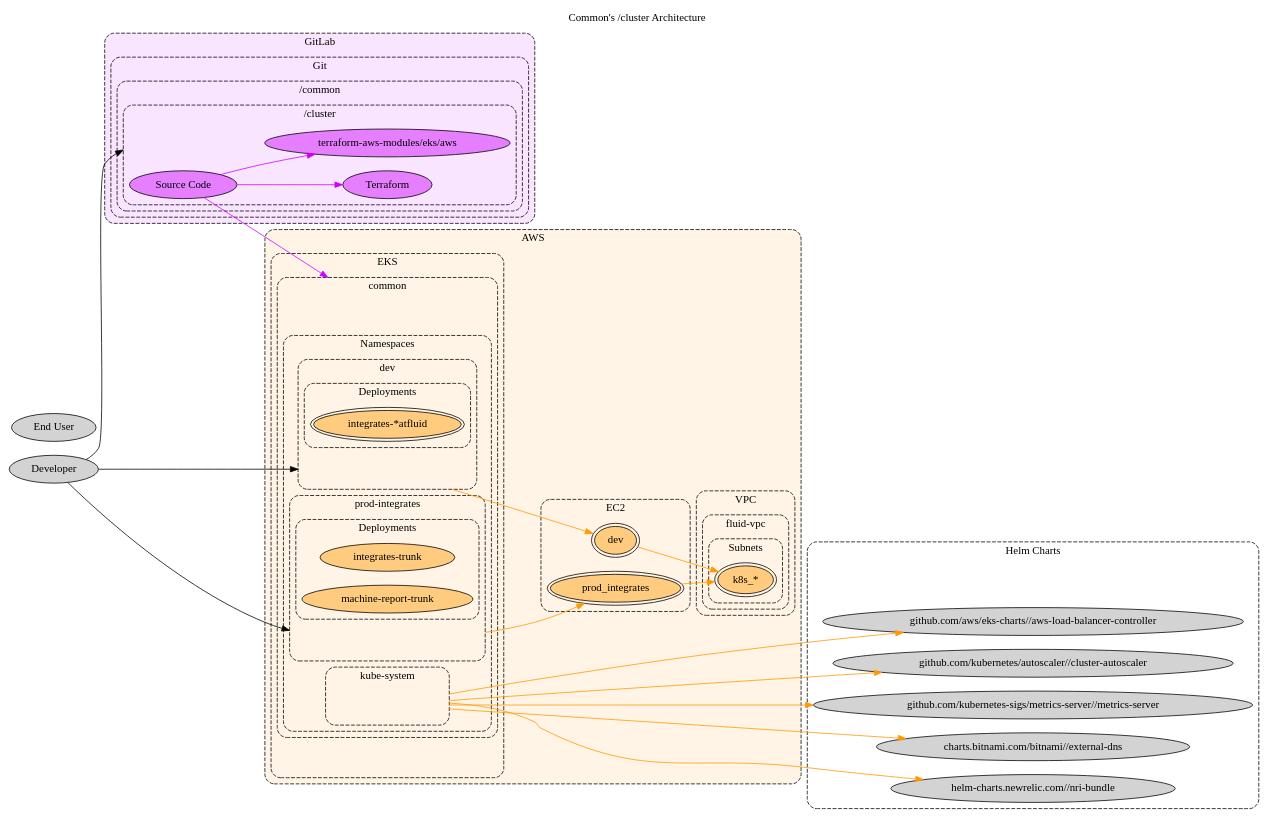
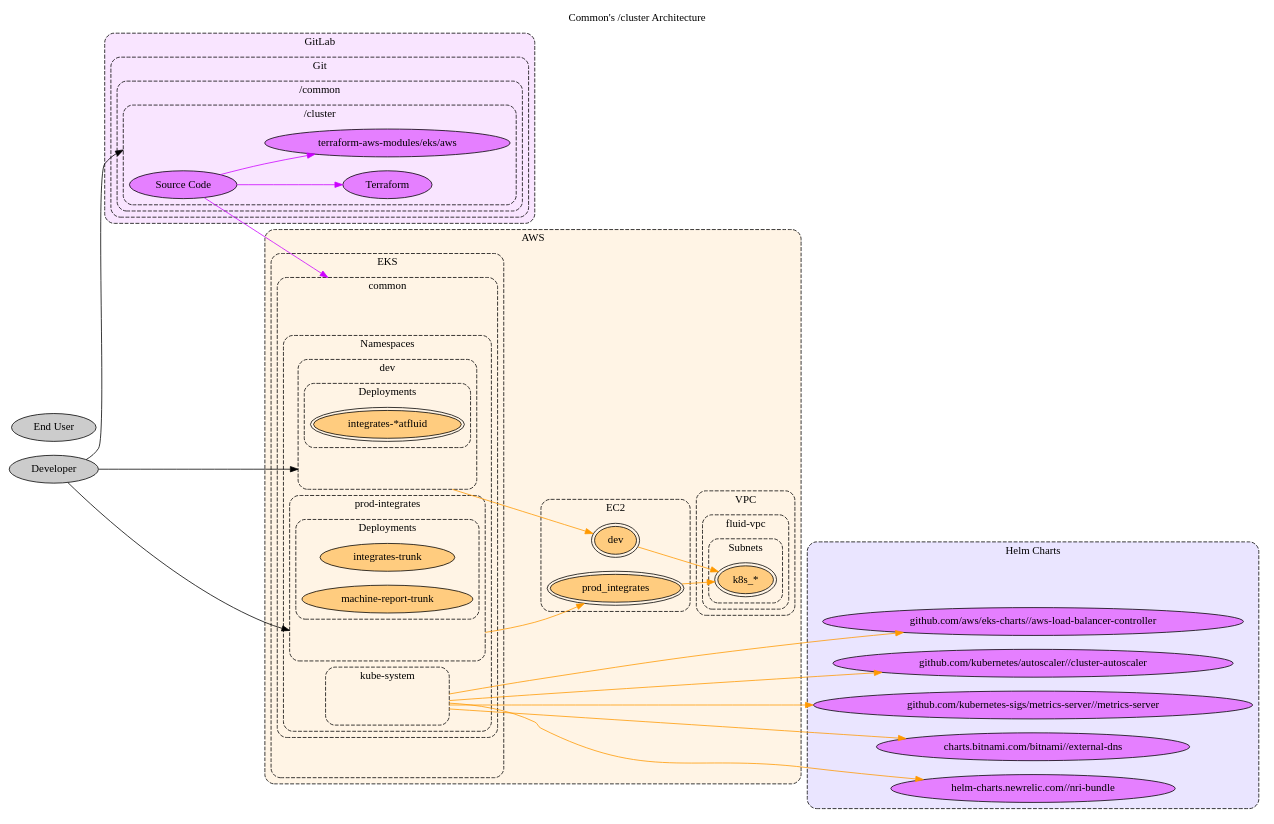
One commit to jeanbaptistemora/fluidattacks-universe2 changed the diagram in docs/src/docs/development/products/common/common-cluster-arch.dot. Above: the diagram before and after it, drawn with Graphviz. The commit also changed 11 other files, not shown here.

```diff
--- a/docs/src/docs/development/products/common/common-cluster-arch.dot
+++ b/docs/src/docs/development/products/common/common-cluster-arch.dot
@@ -1,161 +1,163 @@
 // SPDX-FileCopyrightText: 2022 Fluid Attacks <development@fluidattacks.com>
 //
 // SPDX-License-Identifier: MPL-2.0
 
 digraph common {
   label="Common's /cluster Architecture"
   labelloc="t"
   compound="true"
   // concentrate="true"
   rankdir="LR"
   scale="scalexy"
 
   node[style="filled"]
   graph[style="dashed,rounded"]
 
   subgraph cluster_aws {
     label="AWS"
     bgcolor="0.1 0.1 1.0"
     node[fillcolor="0.1 0.5 1.0"]
 
     subgraph cluster_aws_ec2 {
       label="EC2"
 
       aws_ec2_dev[label="dev" peripheries="2"]
       aws_ec2_prod_integrates[label="prod_integrates" peripheries="2"]
     }
 
     subgraph cluster_aws_eks {
       label="EKS"
 
       cluster_aws_eks[label="" style="invis"]
 
       subgraph cluster_aws_eks_common {
         label="common"
 
         cluster_aws_eks_common[label="" style="invis"]
 
         subgraph cluster_aws_eks_common_worker_groups {
           label="Worker Groups"
         }
 
         subgraph cluster_aws_eks_common_namespaces {
           label="Namespaces"
 
           subgraph cluster_aws_eks_common_namespaces_dev {
             label="dev"
 
             cluster_aws_eks_common_namespaces_dev[label="" style="invis"]
 
             subgraph cluster_aws_eks_common_namespaces_dev_deployments {
               label="Deployments"
 
               aws_eks_common_namespaces_dev_deployments_integrates_atfluid[label="integrates-*atfluid" peripheries="2"]
             }
           }
 
           subgraph cluster_aws_eks_common_namespaces_kube_system {
             label="kube-system"
 
             cluster_aws_eks_common_namespaces_kube_system[label="" style="invis" width="2.0"]
           }
 
           subgraph cluster_aws_eks_common_namespaces_prod_integrates {
             label="prod-integrates"
             cluster_aws_eks_common_namespaces_prod_integrates[label="" style="invis"]
 
             subgraph cluster_aws_eks_common_namespaces_prod_integrates_deployments {
               label="Deployments"
 
               aws_eks_common_namespaces_prod_integrates_deployments_integrates_trunk[label="integrates-trunk"]
               aws_eks_common_namespaces_prod_integrates_deployments_machine_report_trunk[label="machine-report-trunk"]
             }
           }
         }
       }
     }
 
     subgraph cluster_aws_vpc {
       label="VPC"
 
       subgraph cluster_aws_vpc_fluid_vpc {
         label="fluid-vpc"
 
         subgraph cluster_aws_vpc_fluid_vpc_subnets {
           label="Subnets"
 
           cluster_aws_vpc_fluid_vpc_subnets_k8s[label="k8s_*", peripheries="2"]
         }
       }
     }
   }
 
   subgraph cluster_cloudflare {
     label="Cloudflare"
     bgcolor="0.6 0.1 1.0"
     node[fillcolor="0.6 0.5 1.0"]
   }
 
   subgraph cluster_gitlab {
     label="GitLab"
     bgcolor="0.8 0.1 1.0"
     node[fillcolor="0.8 0.5 1.0"]
 
     subgraph cluster_gitlab_git {
       label="Git"
 
       subgraph cluster_gitlab_git_common {
         label="/common"
 
         subgraph cluster_gitlab_git_common_cluster {
           label="/cluster"
 
           cluster_gitlab_git_common_cluster[label="" style="invis"]
           gitlab_git_common_cluster[label="Source Code"]
           gitlab_git_common_cluster_terraform[label="Terraform"]
           gitlab_git_common_cluster_terraform_terraform_aws_modules_eks_aws[label="terraform-aws-modules/eks/aws"]
         }
       }
     }
   }
 
   subgraph cluster_helm {
     label="Helm Charts"
+    bgcolor="0.7 0.1 1.0"
+    node[fillcolor="0.8 0.5 1.0"]
 
     cluster_helm[label="" style="invis"]
     helm_aws_load_balancer_controller[label="github.com/aws/eks-charts//aws-load-balancer-controller"]
     helm_cluster_autoscaler[label="github.com/kubernetes/autoscaler//cluster-autoscaler"]
     helm_metrics_server[label="github.com/kubernetes-sigs/metrics-server//metrics-server"]
     helm_external_dns[label="charts.bitnami.com/bitnami//external-dns"]
     helm_nri_bundle[label="helm-charts.newrelic.com//nri-bundle"]
   }
 
   cluster_aws_vpc_fluid_vpc_subnets_k8s -> cluster_helm[style="invis"]
 
   edge[color="0.1 1.0 1.0"]
   aws_ec2_dev -> cluster_aws_vpc_fluid_vpc_subnets_k8s[]
   aws_ec2_prod_integrates -> cluster_aws_vpc_fluid_vpc_subnets_k8s[]
   cluster_aws_eks_common_namespaces_dev -> aws_ec2_dev[ltail="cluster_aws_eks_common_namespaces_dev"]
   cluster_aws_eks_common_namespaces_kube_system -> helm_aws_load_balancer_controller[ltail="cluster_aws_eks_common_namespaces_kube_system"]
   cluster_aws_eks_common_namespaces_kube_system -> helm_cluster_autoscaler[ltail="cluster_aws_eks_common_namespaces_kube_system"]
   cluster_aws_eks_common_namespaces_kube_system -> helm_metrics_server[ltail="cluster_aws_eks_common_namespaces_kube_system"]
   cluster_aws_eks_common_namespaces_kube_system -> helm_external_dns[ltail="cluster_aws_eks_common_namespaces_kube_system"]
   cluster_aws_eks_common_namespaces_kube_system -> helm_nri_bundle[ltail="cluster_aws_eks_common_namespaces_kube_system"]
   cluster_aws_eks_common_namespaces_prod_integrates -> aws_ec2_prod_integrates[ltail="cluster_aws_eks_common_namespaces_prod_integrates"]
 
   edge[color="0.6 1.0 1.0"]
 
   edge[color="0.8 1.0 1.0"]
   gitlab_git_common_cluster -> cluster_aws_eks_common[lhead="cluster_aws_eks_common"]
   gitlab_git_common_cluster -> gitlab_git_common_cluster_terraform[]
   gitlab_git_common_cluster -> gitlab_git_common_cluster_terraform_terraform_aws_modules_eks_aws[]
 
-  node[fillcolor="/x11/lightgray"]
+  node[fillcolor="0.0 0.0 0.8"]
   customer[label="End User"]
   developer[label="Developer"]
 
-  edge[color="/x11/black"]
+  edge[color="0.0 0.0 0.0"]
   developer -> cluster_aws_eks_common_namespaces_dev[lhead="cluster_aws_eks_common_namespaces_dev"]
   developer -> cluster_aws_eks_common_namespaces_prod_integrates[lhead="cluster_aws_eks_common_namespaces_prod_integrates"]
   developer -> cluster_gitlab_git_common_cluster[lhead="cluster_gitlab_git_common_cluster"]
 }
```
